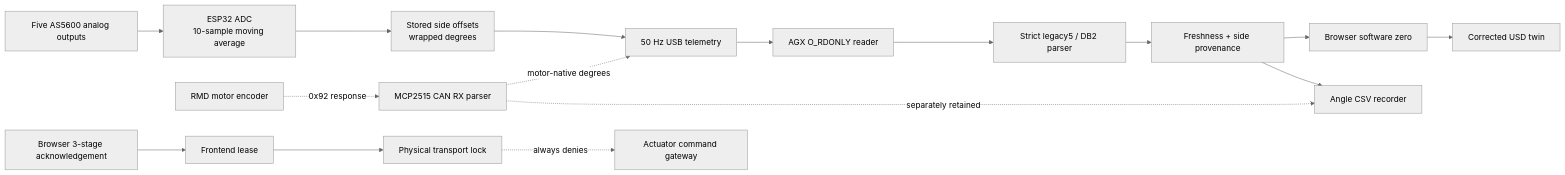
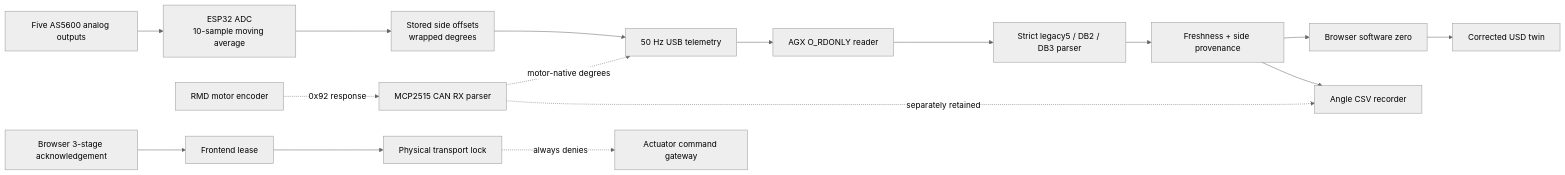
One commit to Hyperspawn/Dropbear changed the diagram in Control System/Low Level Control/SAFETY_ARCHITECTURE.md. Above: the diagram before and after it, drawn with Mermaid (neutral theme). The commit also changed other lines of this file and 9 other files, not shown here.

````diff
--- a/Control System/Low Level Control/SAFETY_ARCHITECTURE.md
+++ b/Control System/Low Level Control/SAFETY_ARCHITECTURE.md
@@ -8,20 +8,20 @@
 ```mermaid
 flowchart LR
   A[Five AS5600 analog outputs] --> B[ESP32 ADC\n10-sample moving average]
   B --> C[Stored side offsets\nwrapped degrees]
   C --> D[50 Hz USB telemetry]
   D --> E[AGX O_RDONLY reader]
-  E --> F[Strict legacy5 / DB2 parser]
+  E --> F[Strict legacy5 / DB2 / DB3 parser]
   F --> G[Freshness + side provenance]
   G --> H[Browser software zero]
   H --> I[Corrected USD twin]
   G --> J[Angle CSV recorder]
 
   K[RMD motor encoder] -. 0x92 response .-> L[MCP2515 CAN RX parser]
   L -. motor-native degrees .-> D
   L -. separately retained .-> J
 
   M[Browser 3-stage acknowledgement] --> N[Frontend lease]
   N --> O[Physical transport lock]
   O -. always denies .-> P[Actuator command gateway]
 ```
````
